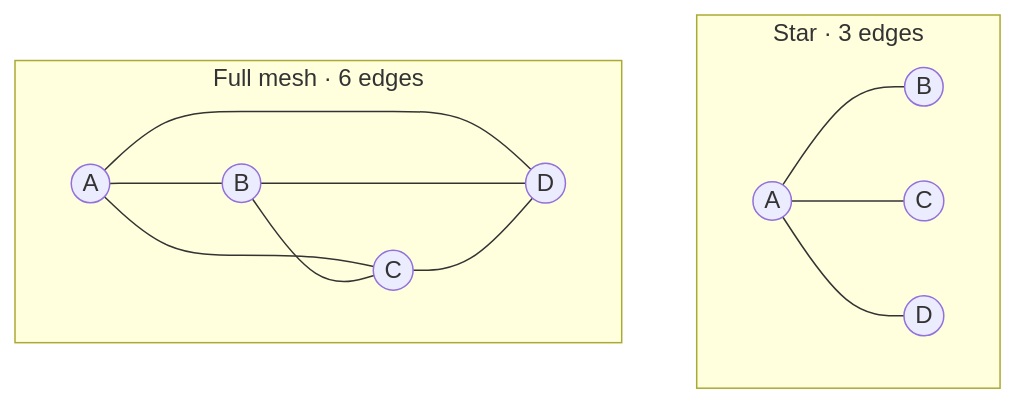
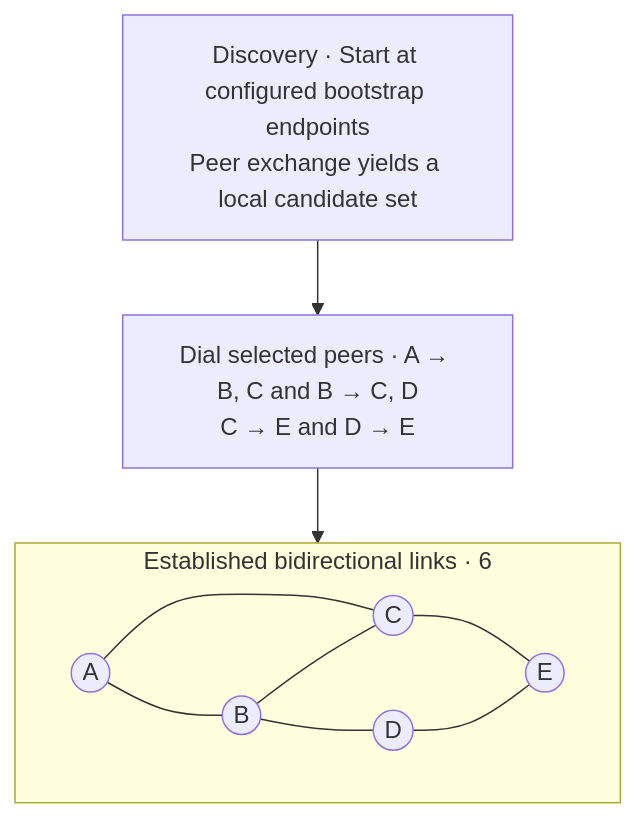
Before and after one commit to arcships/rutis-network: the seventh of 9 diagrams in docs/research/network-groups.en.md, drawn with Mermaid. The commit also changed other lines of this file and 1 other file, not shown here.

Commit message:
docs(research): illustrate discovery and dialing for each topology

````diff
--- a/docs/research/network-groups.en.md
+++ b/docs/research/network-groups.en.md
@@ -86,16 +191,14 @@
 ```mermaid
 flowchart TB
-    subgraph star["Star · 3 edges"]
-        sa((A)) --- sb((B))
-        sa --- sc((C))
-        sa --- sd((D))
-    end
-    subgraph full["Full mesh · 6 edges"]
-        fa((A)) --- fb((B))
-        fa --- fc((C))
-        fa --- fd((D))
-        fb --- fc
-        fb --- fd
-        fc --- fd
+    source["Discovery · Start at configured bootstrap endpoints<br/>Peer exchange yields a local candidate set"] --> dial["Dial selected peers · A → B, C and B → C, D<br/>C → E and D → E"]
+    dial --> links
+    subgraph links["Established bidirectional links · 6"]
+        direction LR
+        A((A)) --- B((B))
+        A --- C((C))
+        B --- C
+        B --- D((D))
+        C --- E((E))
+        D --- E
     end
 ```
````
